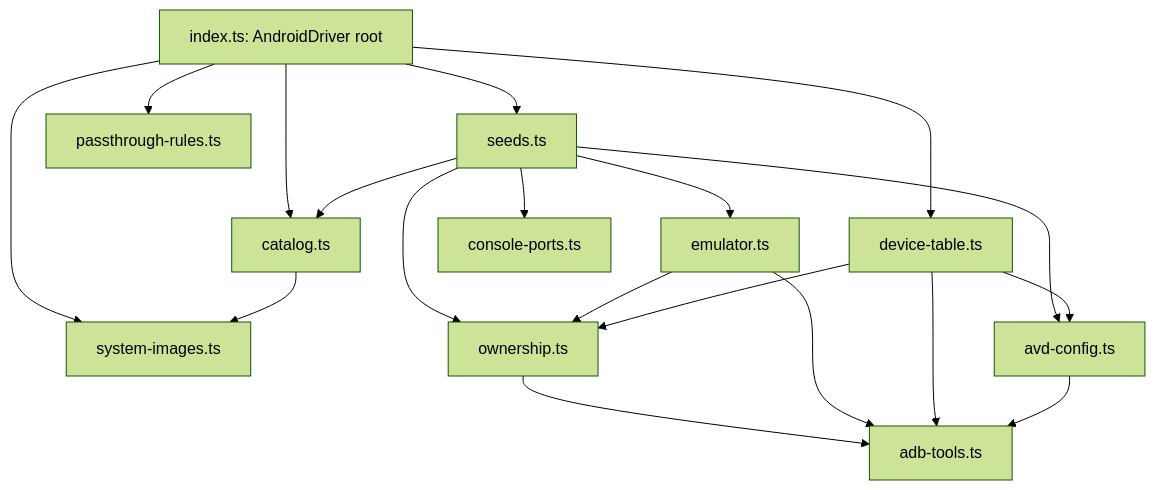
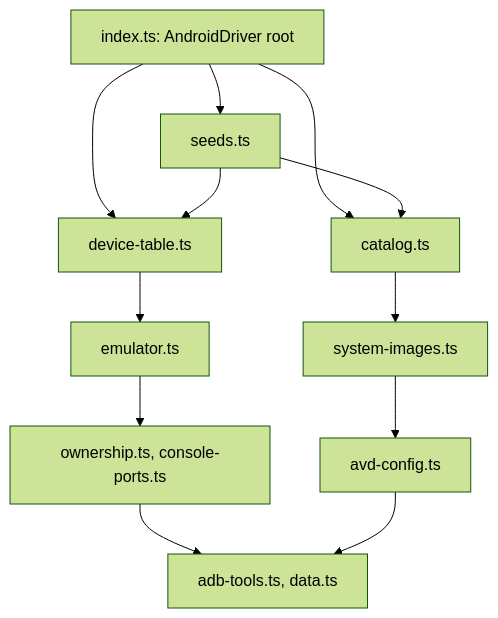
Before and after one commit to callstackincubator/simlock: the second of 2 diagrams in docs/internal/adr/0063-a-big-module-is-one-composition-root-over-parts-that-own-their-state.md, drawn with Mermaid (forest theme). The commit also changed other lines of this file, not shown here.

Commit message:
docs(adr): 0063 draws the parts from the code, raw ownership answers, tests move only when the part shows them (#1259)

````diff
--- a/docs/internal/adr/0063-a-big-module-is-one-composition-root-over-parts-that-own-their-state.md
+++ b/docs/internal/adr/0063-a-big-module-is-one-composition-root-over-parts-that-own-their-state.md
@@ -105,21 +110,14 @@
 ```mermaid
 flowchart TD
   R["index.ts: AndroidDriver root"] --> SD[seeds.ts]
   R --> DT[device-table.ts]
-  R --> SI[system-images.ts]
-  R --> PR[passthrough-rules.ts]
   R --> CA[catalog.ts]
-  CA --> SI
+  SD --> DT
   SD --> CA
-  SD --> EM[emulator.ts]
-  SD --> AC[avd-config.ts]
-  SD --> CP[console-ports.ts]
-  SD --> OW[ownership.ts]
-  EM --> OW
-  DT --> OW
-  OW --> T[adb-tools.ts]
-  EM --> T
-  DT --> T
-  DT --> AC
+  DT --> EM[emulator.ts]
+  CA --> SI[system-images.ts]
+  SI --> AC[avd-config.ts]
+  EM --> L["ownership.ts, console-ports.ts"]
+  L --> T["adb-tools.ts, data.ts"]
   AC --> T
 ```
````
